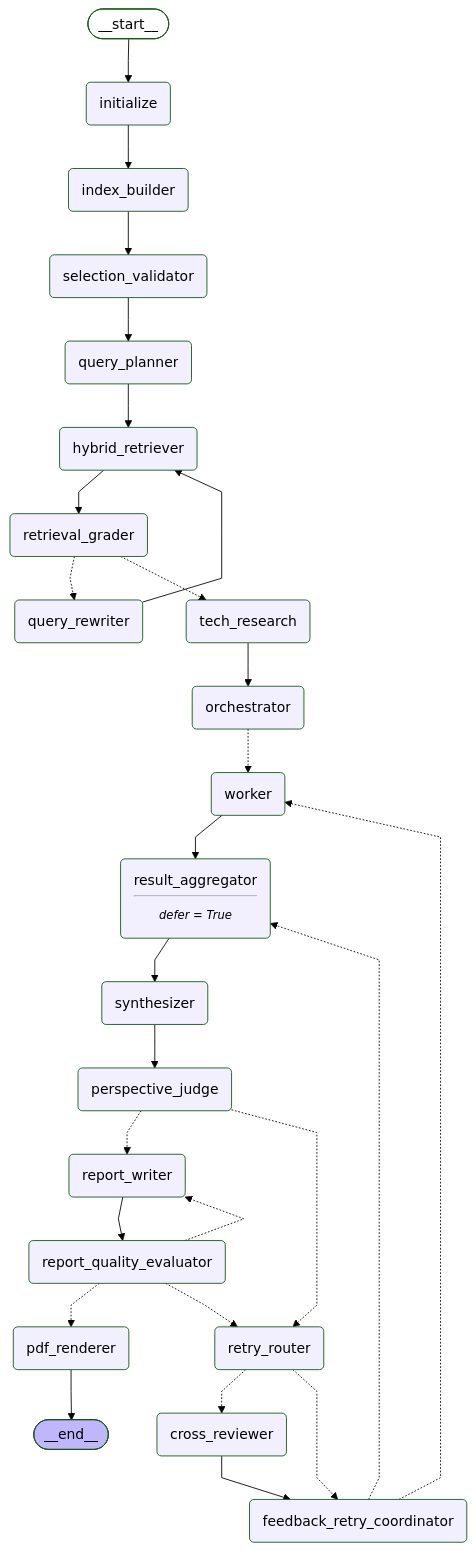
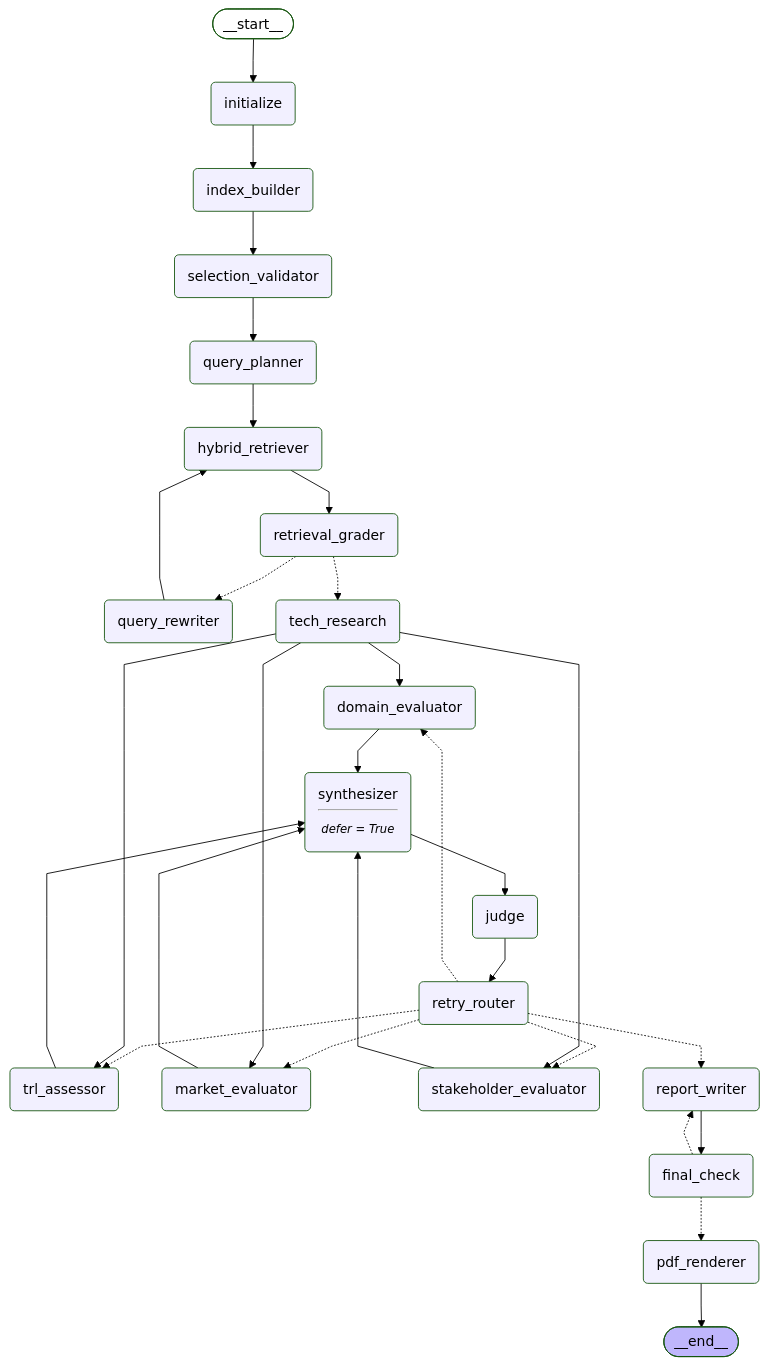
The diagram in docs/graph.mmd (jinsu1011/skala-project-0921), drawn with Mermaid (forest theme) before and after one commit. The commit also changed 105 other files, not shown here.

```diff
--- a/docs/graph.mmd
+++ b/docs/graph.mmd
@@ -1,57 +1,58 @@
 ---
 config:
   flowchart:
     curve: linear
 ---
 graph TD;
-	%% drawer-only edges to the deferred result_aggregator removed (see scripts/render_graph.py)
+	%% drawer-only edges to the deferred synthesizer removed (see scripts/render_graph.py)
 	__start__([<p>__start__</p>]):::first
 	initialize(initialize)
 	index_builder(index_builder)
 	selection_validator(selection_validator)
 	query_planner(query_planner)
 	hybrid_retriever(hybrid_retriever)
 	retrieval_grader(retrieval_grader)
 	query_rewriter(query_rewriter)
 	tech_research(tech_research)
-	orchestrator(orchestrator)
-	worker(worker)
-	result_aggregator(result_aggregator<hr/><small><em>defer = True</em></small>)
-	synthesizer(synthesizer)
-	perspective_judge(perspective_judge)
+	trl_assessor(trl_assessor)
+	market_evaluator(market_evaluator)
+	stakeholder_evaluator(stakeholder_evaluator)
+	domain_evaluator(domain_evaluator)
+	synthesizer(synthesizer<hr/><small><em>defer = True</em></small>)
+	judge(judge)
 	retry_router(retry_router)
-	cross_reviewer(cross_reviewer)
-	feedback_retry_coordinator(feedback_retry_coordinator)
 	report_writer(report_writer)
-	report_quality_evaluator(report_quality_evaluator)
+	final_check(final_check)
 	pdf_renderer(pdf_renderer)
 	__end__([<p>__end__</p>]):::last
 	__start__ --> initialize;
-	cross_reviewer --> feedback_retry_coordinator;
-	feedback_retry_coordinator -.-> result_aggregator;
-	feedback_retry_coordinator -.-> worker;
+	domain_evaluator --> synthesizer;
+	final_check -.-> pdf_renderer;
+	final_check -.-> report_writer;
 	hybrid_retriever --> retrieval_grader;
 	index_builder --> selection_validator;
 	initialize --> index_builder;
-	orchestrator -.-> worker;
-	perspective_judge -.-> report_writer;
-	perspective_judge -.-> retry_router;
+	judge --> retry_router;
+	market_evaluator --> synthesizer;
 	query_planner --> hybrid_retriever;
 	query_rewriter --> hybrid_retriever;
-	report_quality_evaluator -.-> pdf_renderer;
-	report_quality_evaluator -.-> report_writer;
-	report_quality_evaluator -.-> retry_router;
-	report_writer --> report_quality_evaluator;
-	result_aggregator --> synthesizer;
+	report_writer --> final_check;
 	retrieval_grader -.-> query_rewriter;
 	retrieval_grader -.-> tech_research;
-	retry_router -.-> cross_reviewer;
-	retry_router -.-> feedback_retry_coordinator;
+	retry_router -.-> domain_evaluator;
+	retry_router -.-> market_evaluator;
+	retry_router -.-> report_writer;
+	retry_router -.-> stakeholder_evaluator;
+	retry_router -.-> trl_assessor;
 	selection_validator --> query_planner;
-	synthesizer --> perspective_judge;
-	tech_research --> orchestrator;
-	worker --> result_aggregator;
+	stakeholder_evaluator --> synthesizer;
+	synthesizer --> judge;
+	tech_research --> domain_evaluator;
+	tech_research --> market_evaluator;
+	tech_research --> stakeholder_evaluator;
+	tech_research --> trl_assessor;
+	trl_assessor --> synthesizer;
 	pdf_renderer --> __end__;
 	classDef default fill:#f2f0ff,line-height:1.2
 	classDef first fill-opacity:0
 	classDef last fill:#bfb6fc
```
